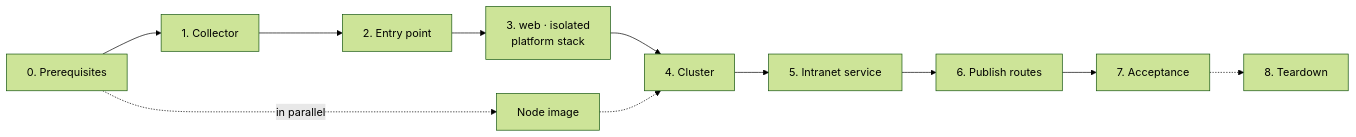
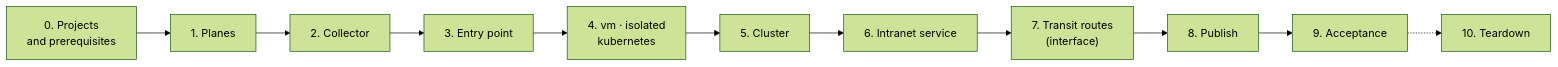
Before and after one commit to CyprisTech/openstack-multitenant-reference: the diagram in docs/reference/test-procedure.md, drawn with Mermaid (forest theme). The commit also changed other lines of this file and 79 other files, not shown here.

First line of the commit message:
Projects by role and shared planes in two modes

````diff
--- a/docs/reference/test-procedure.md
+++ b/docs/reference/test-procedure.md
@@ -9,13 +9,13 @@
 ```mermaid
 flowchart LR
-    P["0. Prerequisites"] --> C["1. Collector"]
-    C --> E["2. Entry point"]
-    E --> T["3. web · isolated<br/>platform stack"]
-    T --> K["4. Cluster"]
-    K --> I["5. Intranet service"]
-    I --> R["6. Publish routes"]
-    R --> A["7. Acceptance"]
-    A -.-> D["8. Teardown"]
-    P -.->|"in parallel"| IMG["Node image"]
-    IMG -.-> K
+    P["0. Projects<br/>and prerequisites"] --> H["1. Planes"]
+    H --> C["2. Collector"]
+    C --> E["3. Entry point"]
+    E --> T["4. vm · isolated<br/>kubernetes"]
+    T --> K["5. Cluster"]
+    K --> I["6. Intranet service"]
+    I --> R["7. Transit routes<br/>(interface)"]
+    R --> PB["8. Publish"]
+    PB --> A["9. Acceptance"]
+    A -.-> D["10. Teardown"]
 ```
````
